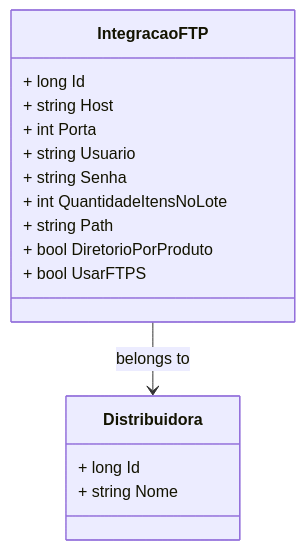
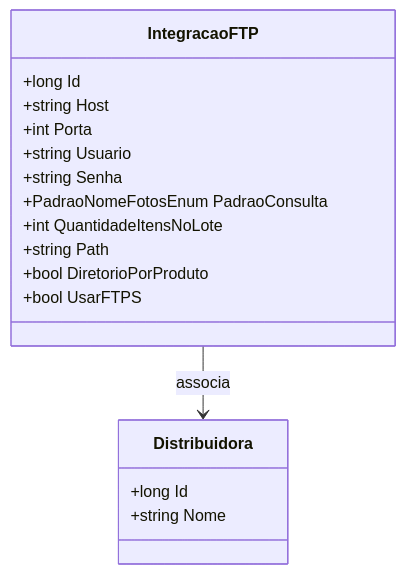
One commit to IsthmusSistemas/documentacao-tecnica changed the diagram in docs/b2b-dominio/IsthmusWinthor.Nucleo/IsthmusWinthor.Dominio/Entidades/IntegracaoFTP.md. Above: the diagram before and after it, drawn with Mermaid. The commit also changed other lines of this file and 882 other files, not shown here.

````diff
--- a/docs/b2b-dominio/IsthmusWinthor.Nucleo/IsthmusWinthor.Dominio/Entidades/IntegracaoFTP.md
+++ b/docs/b2b-dominio/IsthmusWinthor.Nucleo/IsthmusWinthor.Dominio/Entidades/IntegracaoFTP.md
@@ -21,21 +19,21 @@
 ```mermaid
 classDiagram
     class IntegracaoFTP {
-        + long Id
-        + string Host
-        + int Porta
-        + string Usuario
-        + string Senha
-        + int QuantidadeItensNoLote
-        + string Path
-        + bool DiretorioPorProduto
-        + bool UsarFTPS
+        +long Id
+        +string Host
+        +int Porta
+        +string Usuario
+        +string Senha
+        +PadraoNomeFotosEnum PadraoConsulta
+        +int QuantidadeItensNoLote
+        +string Path
+        +bool DiretorioPorProduto
+        +bool UsarFTPS
+    }
+    class Distribuidora {
+        +long Id
+        +string Nome
     }
 
-    class Distribuidora {
-        + long Id
-        + string Nome
-    }
-
-    IntegracaoFTP --> Distribuidora : belongs to
+    IntegracaoFTP --> Distribuidora : associa
 ```
````
